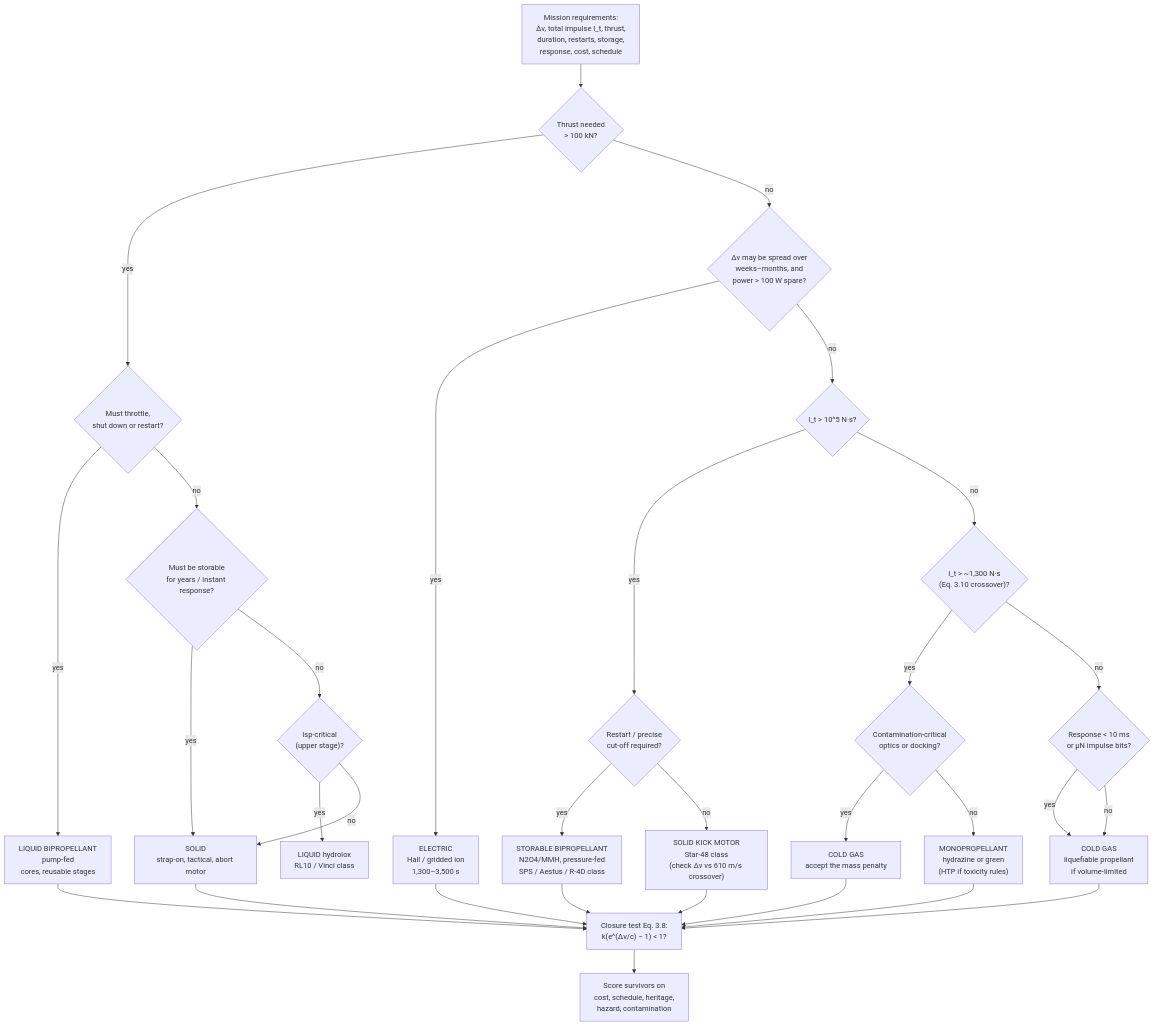
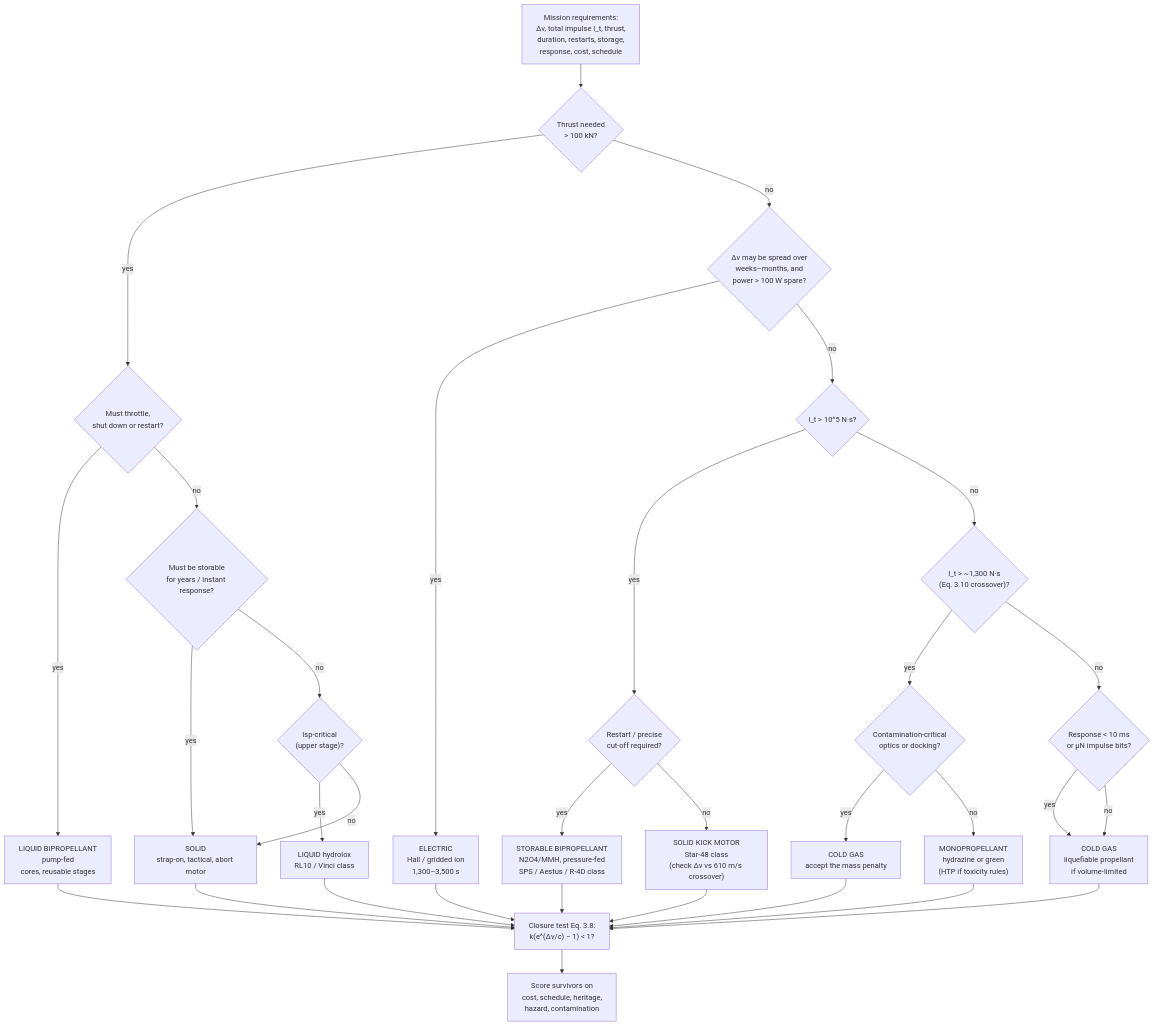
The diagram in propulsion/part5-cross-system/32-comparison.md (Daxjdavis526/Projects), drawn with Mermaid before and after one commit. The commit also changed 49 other files, not shown here.

````diff
--- a/propulsion/part5-cross-system/32-comparison.md
+++ b/propulsion/part5-cross-system/32-comparison.md
@@ -1138,37 +1138,38 @@
 ```mermaid
 flowchart TD
   START["Mission requirements:<br/>Δv, total impulse I_t, thrust,<br/>duration, restarts, storage,<br/>response, cost, schedule"] --> Q1{"Thrust needed<br/>> 100 kN?"}
 
   Q1 -- yes --> L1{"Must throttle,<br/>shut down or restart?"}
   L1 -- yes --> LIQ["LIQUID BIPROPELLANT<br/>pump-fed<br/>cores, reusable stages"]
   L1 -- no --> L2{"Must be storable<br/>for years / instant response?"}
   L2 -- yes --> SOL1["SOLID<br/>strap-on, tactical, abort motor"]
   L2 -- no --> L3{"Isp-critical<br/>(upper stage)?"}
   L3 -- yes --> LIQ2["LIQUID hydrolox<br/>RL10 / Vinci class"]
   L3 -- no --> SOL1
 
   Q1 -- no --> QEP{"Δv may be spread over<br/>weeks–months, and<br/>power > 100 W spare?"}
   QEP -- yes --> EP["ELECTRIC<br/>Hall / gridded ion<br/>1,300–3,500 s"]
   QEP -- no --> Q2{"I_t > 10^5 N·s?"}
   Q2 -- yes --> Q2a{"Restart / precise<br/>cut-off required?"}
   Q2a -- yes --> BIP["STORABLE BIPROPELLANT<br/>N2O4/MMH, pressure-fed<br/>SPS / Aestus / R-4D class"]
   Q2a -- no --> KICK["SOLID KICK MOTOR<br/>Star-48 class<br/>(check Δv vs 610 m/s crossover)"]
 
   Q2 -- no --> Q3{"I_t > ~1,300 N·s<br/>(Eq. 3.10 crossover)?"}
   Q3 -- yes --> Q3a{"Contamination-critical<br/>optics or docking?"}
   Q3a -- yes --> CG2["COLD GAS<br/>accept the mass penalty"]
   Q3a -- no --> MONO["MONOPROPELLANT<br/>hydrazine or green<br/>(HTP if toxicity rules)"]
   Q3 -- no --> Q4{"Response < 10 ms<br/>or µN impulse bits?"}
   Q4 -- yes --> CG["COLD GAS<br/>liquefiable propellant<br/>if volume-limited"]
   Q4 -- no --> CG
 
   LIQ --> CHK["Closure test Eq. 3.8:<br/>k(e^(Δv/c) − 1) < 1?"]
+  LIQ2 --> CHK
   SOL1 --> CHK
   BIP --> CHK
   KICK --> CHK
   MONO --> CHK
   CG --> CHK
   CG2 --> CHK
   EP --> CHK
   CHK --> DONE["Score survivors on<br/>cost, schedule, heritage,<br/>hazard, contamination"]
 ```
````
